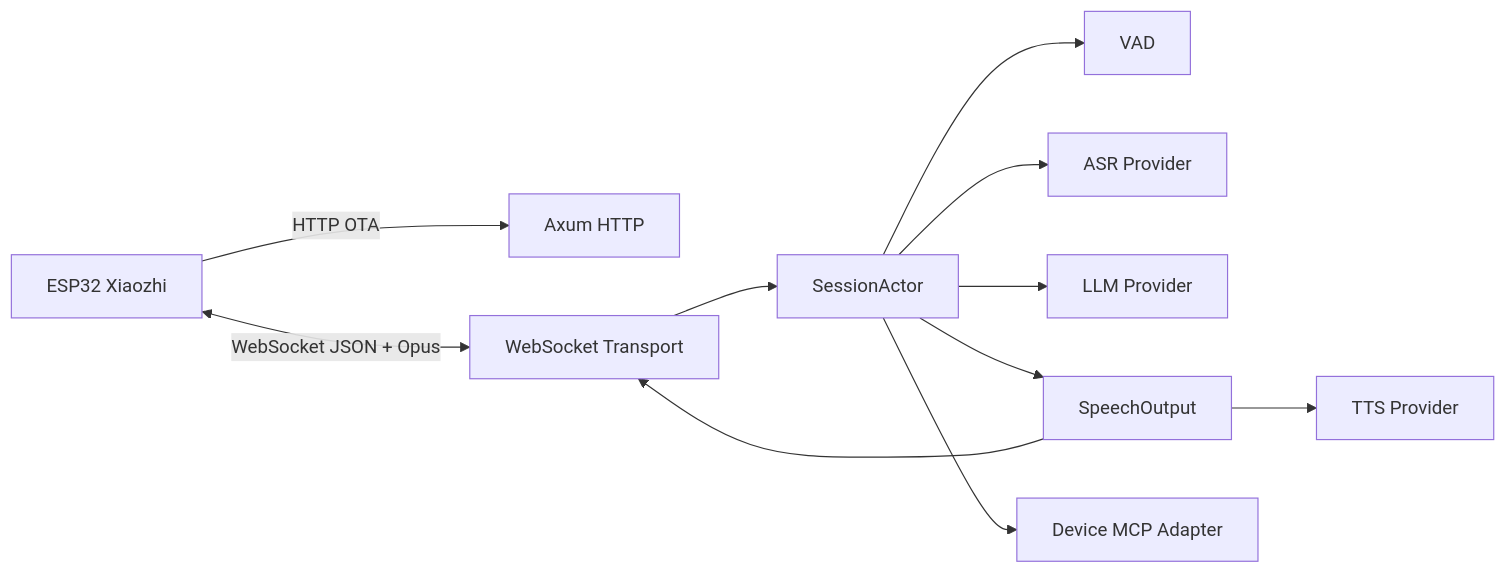
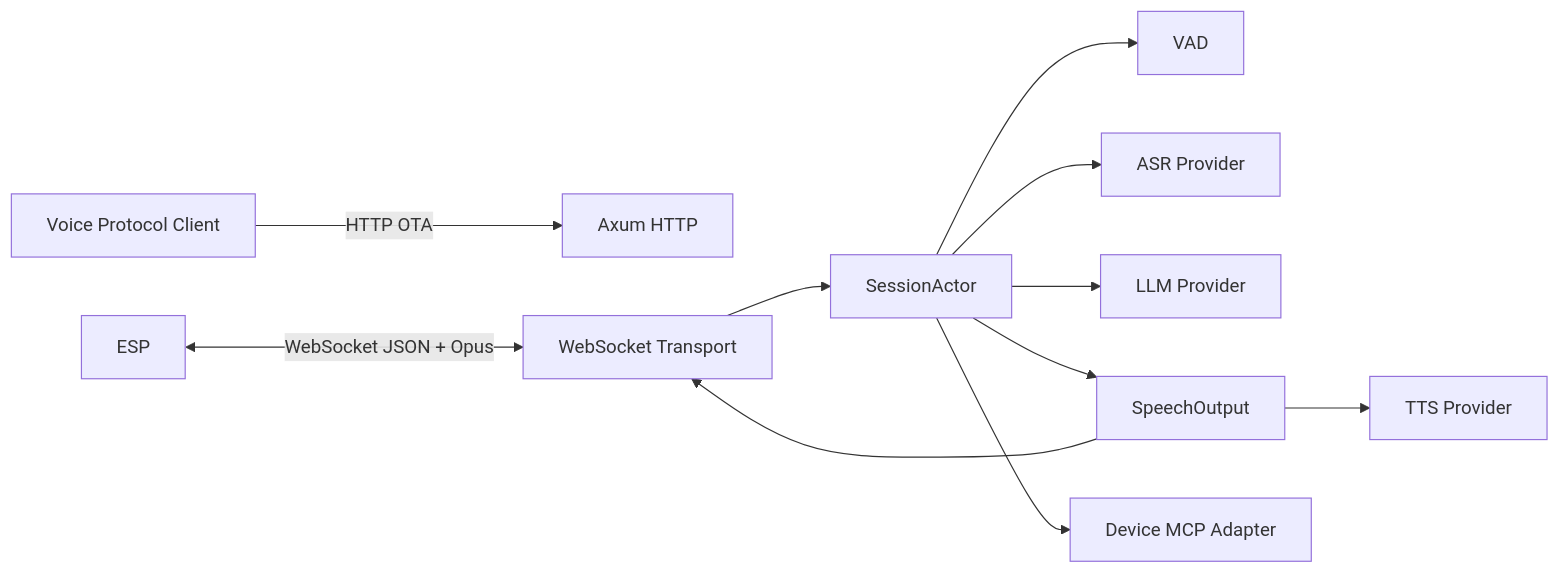
The first of 3 diagrams in docs/01-system-architecture.md (hailp-vn38/ai-agent-voice), drawn with Mermaid before and after one commit. The commit also changed 33 other files, not shown here.

````diff
--- a/docs/01-system-architecture.md
+++ b/docs/01-system-architecture.md
@@ -5,13 +5,13 @@
 ```mermaid
 flowchart LR
-    ESP[ESP32 Xiaozhi] -->|HTTP OTA| HTTP[Axum HTTP]
+    CLIENT[Voice Protocol Client] -->|HTTP OTA| HTTP[Axum HTTP]
     ESP <-->|WebSocket JSON + Opus| WS[WebSocket Transport]
     WS --> ACTOR[SessionActor]
     ACTOR --> VAD[VAD]
     ACTOR --> ASR[ASR Provider]
     ACTOR --> LLM[LLM Provider]
     ACTOR --> OUT[SpeechOutput]
     OUT --> TTS[TTS Provider]
     OUT --> WS
     ACTOR --> MCP[Device MCP Adapter]
 ```
````
